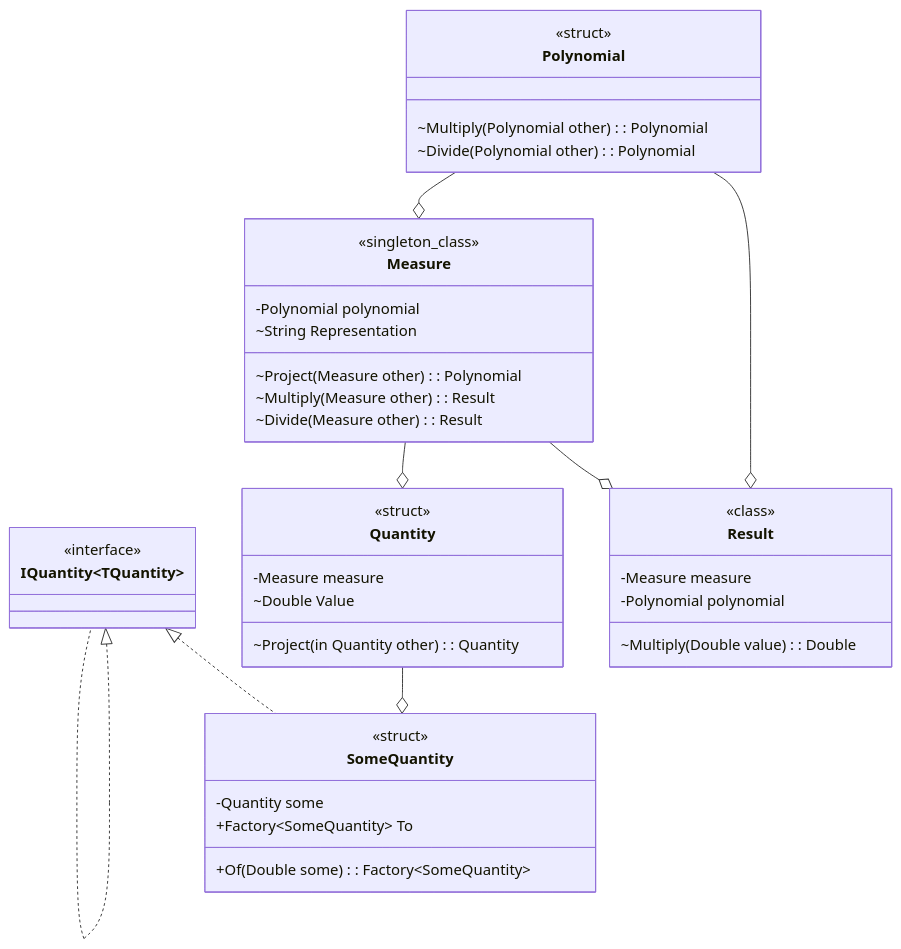
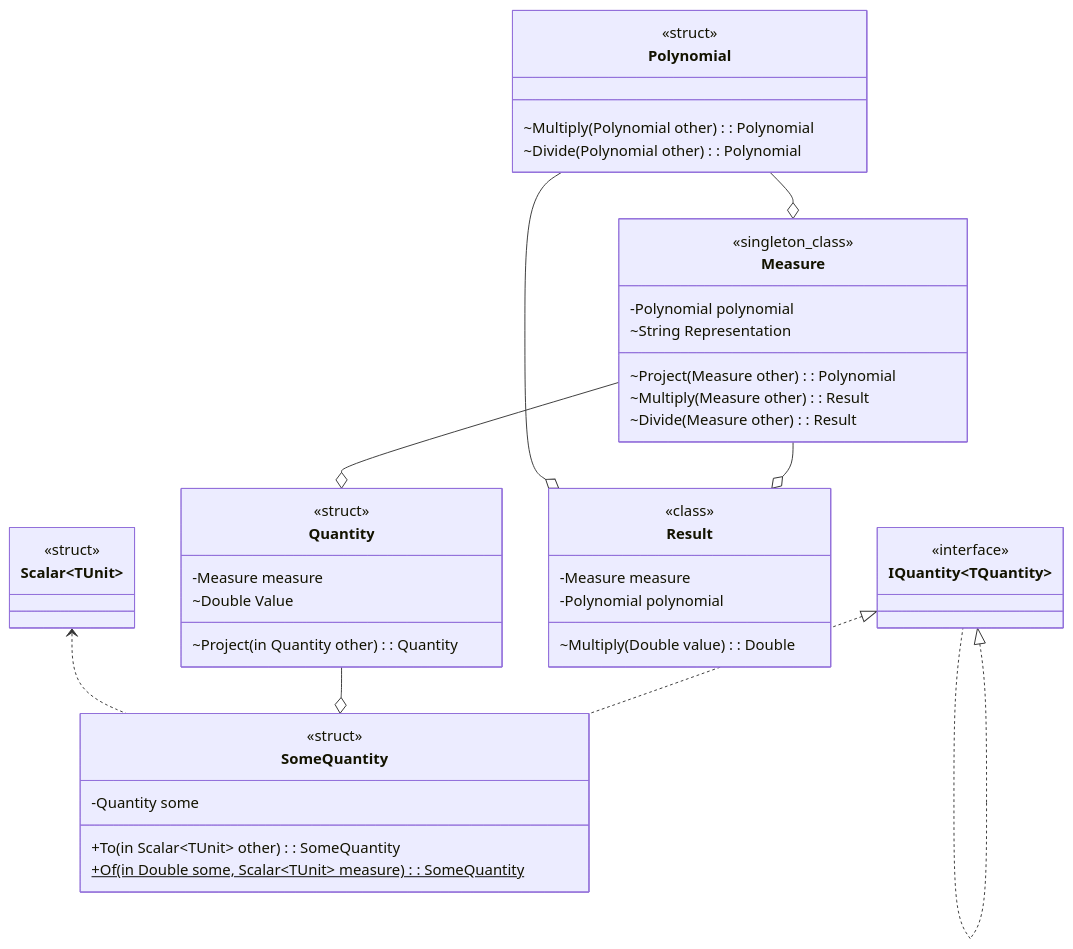
Before and after one commit to atmoos/Quantities: the second of 2 diagrams in documentation/Design.md, drawn with Mermaid. The commit also changed other lines of this file and 2 other files, not shown here.

````diff
--- a/documentation/Design.md
+++ b/documentation/Design.md
@@ -179,44 +180,48 @@
 ```mermaid
 classDiagram
+    class Scalar~TUnit~{
+        <<struct>>
+    }
     class IQuantity~TQuantity~{
         <<interface>>
     }
     class Polynomial{
         <<struct>>
         ~Multiply(Polynomial other): Polynomial
         ~Divide(Polynomial other): Polynomial
     }
     class Result{
         <<class>>
         -Measure measure
         -Polynomial polynomial
         ~Multiply(Double value): Double
     }
     class Measure{
         <<singleton_class>>
         -Polynomial polynomial
         ~String Representation
         ~Project(Measure other): Polynomial
         ~Multiply(Measure other): Result
         ~Divide(Measure other): Result
     }
     class Quantity{
         <<struct>>
         -Measure measure
         ~Double Value
         ~Project(in Quantity other): Quantity
     }
     class SomeQuantity{
         <<struct>>
         -Quantity some
-        +Factory~SomeQuantity~ To
-        +Of(Double some): Factory~SomeQuantity~
+        +To(in Scalar~TUnit~ other): SomeQuantity
+        +Of(in Double some, Scalar~TUnit~ measure): SomeQuantity $
     }
     IQuantity <|.. SomeQuantity
     IQuantity <|.. IQuantity
     Quantity --o SomeQuantity
+    Scalar <.. SomeQuantity
     Measure --o Result
     Measure --o Quantity
     Polynomial --o Result
     Polynomial --o Measure
 ```
````
